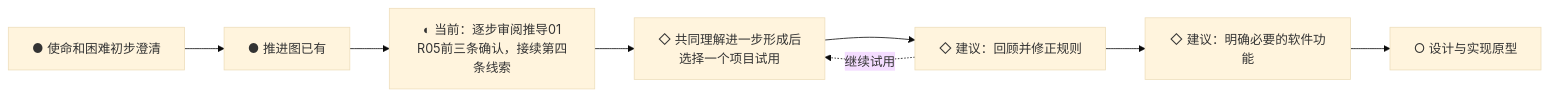
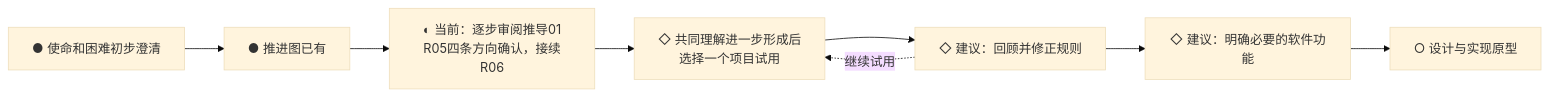
One commit to fangjiaqi2023-jpg/life-flywheel changed the second of 2 diagrams in 项目/人生飞轮/项目推进图.md. Above: the diagram before and after it, drawn with Mermaid (base theme). The commit also changed other lines of this file, not shown here.

````diff
--- a/项目/人生飞轮/项目推进图.md
+++ b/项目/人生飞轮/项目推进图.md
@@ -38,10 +38,10 @@
 ```mermaid
 flowchart LR
     P0[● 使命和困难初步澄清] --> P1[● 推进图已有]
-    P1 --> P2[◐ 当前：逐步审阅推导01<br/>R05前三条确认，接续第四条线索]
+    P1 --> P2[◐ 当前：逐步审阅推导01<br/>R05四条方向确认，接续R06]
     P2 --> P3[◇ 共同理解进一步形成后<br/>选择一个项目试用]
     P3 --> P4[◇ 建议：回顾并修正规则]
     P4 --> P5[◇ 建议：明确必要的软件功能]
     P5 --> P6[○ 设计与实现原型]
     P4 -.继续试用.-> P3
 ```
````
